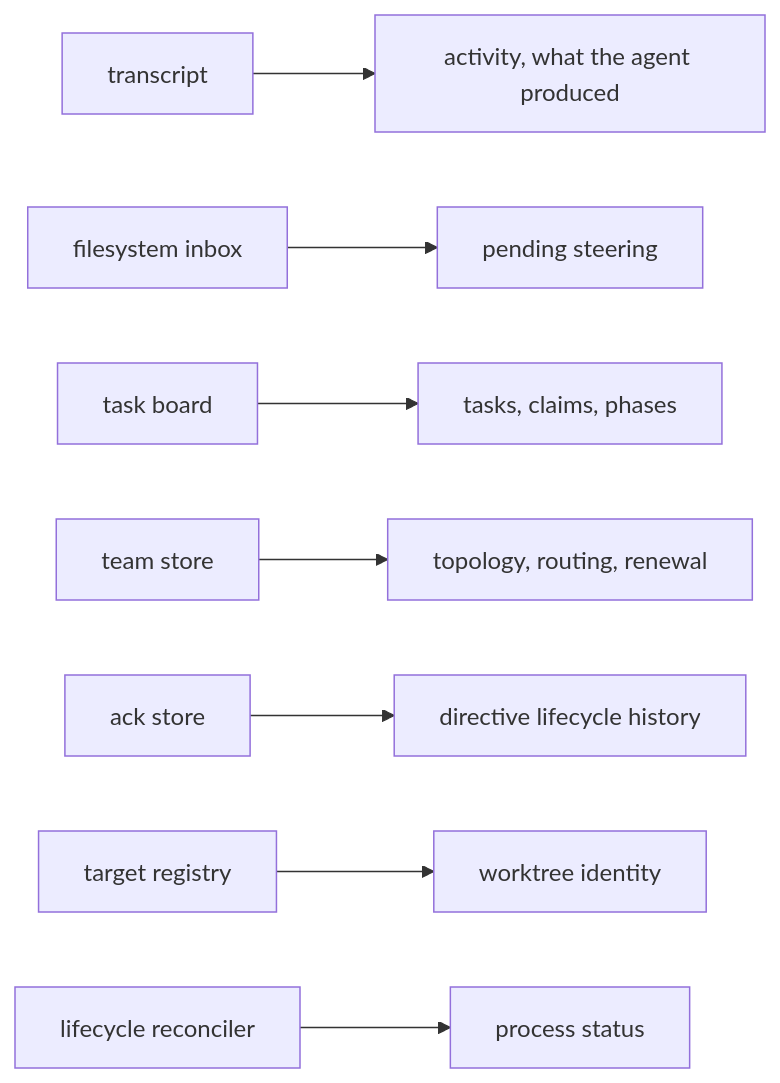
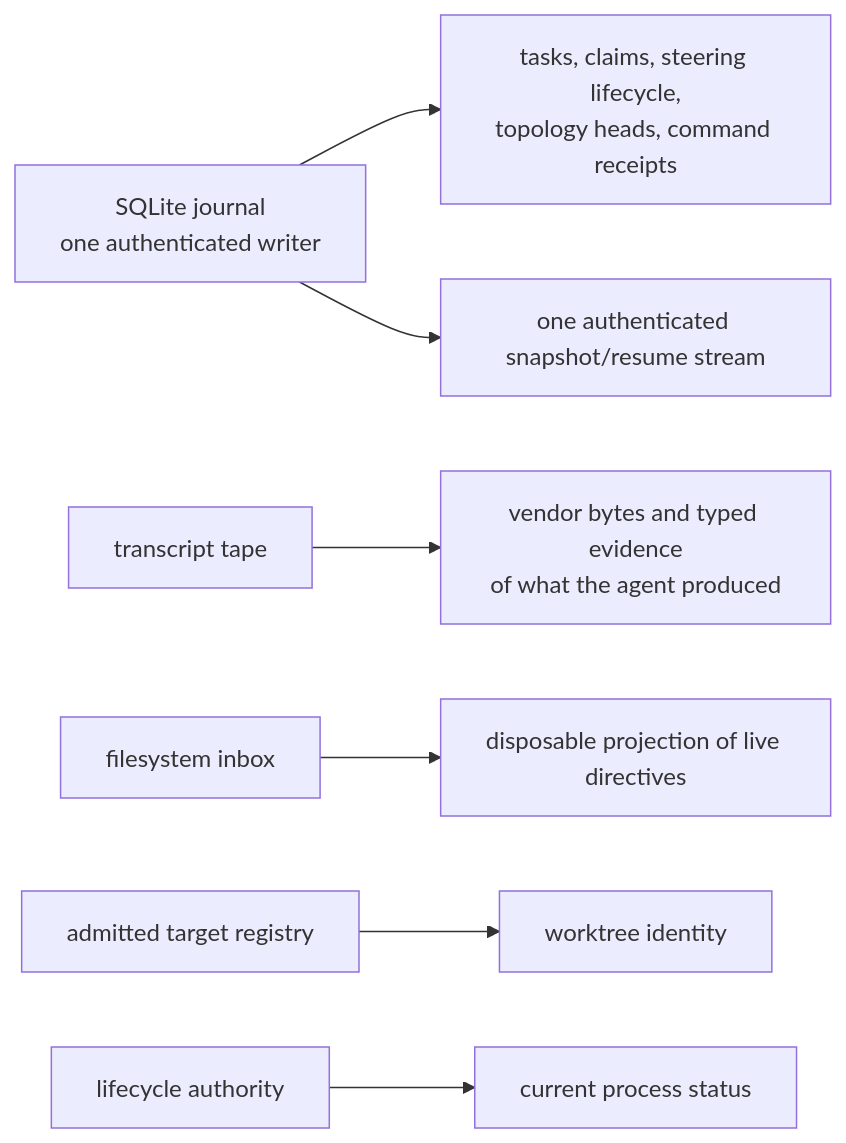
One commit to infimalabs/spice-rust changed the eighth of 9 diagrams in docs/product/model/domain.md. Above: the diagram before and after it, drawn with Mermaid. The commit also changed other lines of this file and 71 other files, not shown here.

````diff
--- a/docs/product/model/domain.md
+++ b/docs/product/model/domain.md
@@ -145,10 +146,9 @@
 ```mermaid
 flowchart LR
-  TR["transcript"] --> ActivityWhatTheAgentProduced["activity, what the agent produced"]
-  FS["filesystem inbox"] --> PendingSteering["pending steering"]
-  TB["task board"] --> TasksClaimsPhases["tasks, claims, phases"]
-  TS["team store"] --> TopologyRoutingRenewal["topology, routing, renewal"]
-  AS["ack store"] --> DirectiveLifecycleHistory["directive lifecycle history"]
-  RG["target registry"] --> WorktreeIdentity["worktree identity"]
-  LR["lifecycle reconciler"] --> ProcessStatus["process status"]
+  JR["SQLite journal<br/>one authenticated writer"] --> SemanticFacts["tasks, claims, steering lifecycle,<br/>topology heads, command receipts"]
+  TR["transcript tape"] --> ActivityWhatTheAgentProduced["vendor bytes and typed evidence<br/>of what the agent produced"]
+  FS["filesystem inbox"] --> PendingSteering["disposable projection of live directives"]
+  RG["admitted target registry"] --> WorktreeIdentity["worktree identity"]
+  LR["lifecycle authority"] --> ProcessStatus["current process status"]
+  JR --> STREAM["one authenticated snapshot/resume stream"]
 ```
````
